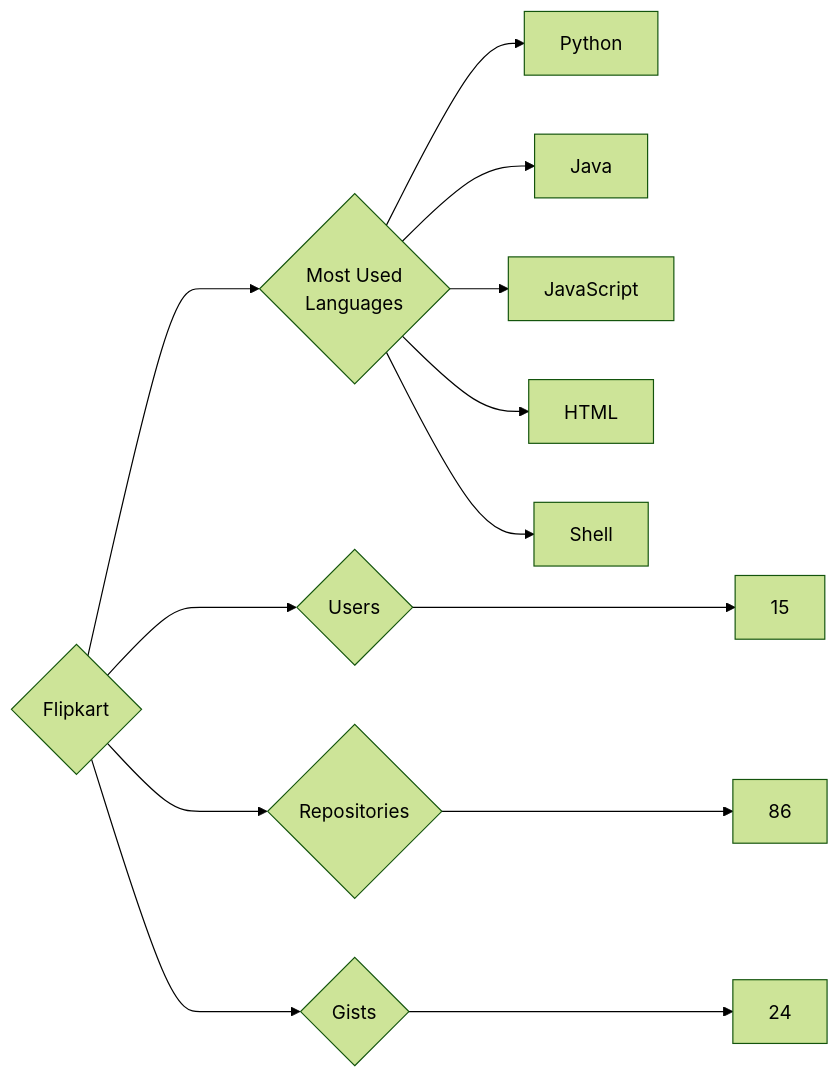
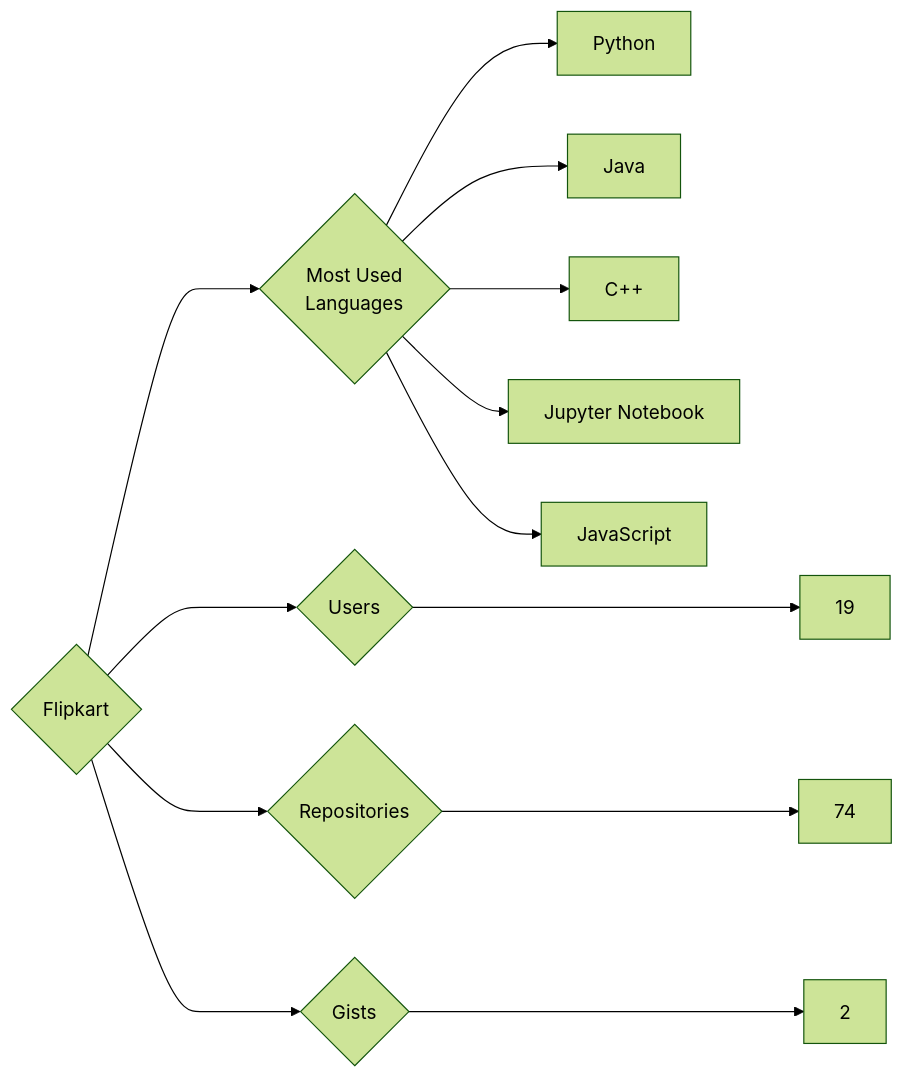
The diagram in targets/Flipkart/README.md (trickest/insiders), drawn with Mermaid (forest theme) before and after one commit. The commit also changed 934 other files, not shown here.

````diff
--- a/targets/Flipkart/README.md
+++ b/targets/Flipkart/README.md
@@ -3,13 +3,13 @@
 ```mermaid
 graph LR
 COMPANY_NAME{Flipkart}
-COMPANY_NAME ---> U{Users} ---> UN[15]
-COMPANY_NAME ---> R{Repositories} ---> RN[86]
-COMPANY_NAME ---> G{Gists} ---> GN[24]
+COMPANY_NAME ---> U{Users} ---> UN[19]
+COMPANY_NAME ---> R{Repositories} ---> RN[74]
+COMPANY_NAME ---> G{Gists} ---> GN[2]
 COMPANY_NAME ---> ML{Most Used<br>Languages}
 ML --> Python[Python]
 ML --> Java[Java]
+ML --> C++[C++]
+ML --> Jupyter_Notebook[Jupyter Notebook]
 ML --> JavaScript[JavaScript]
-ML --> HTML[HTML]
-ML --> Shell[Shell]
 ```
````
